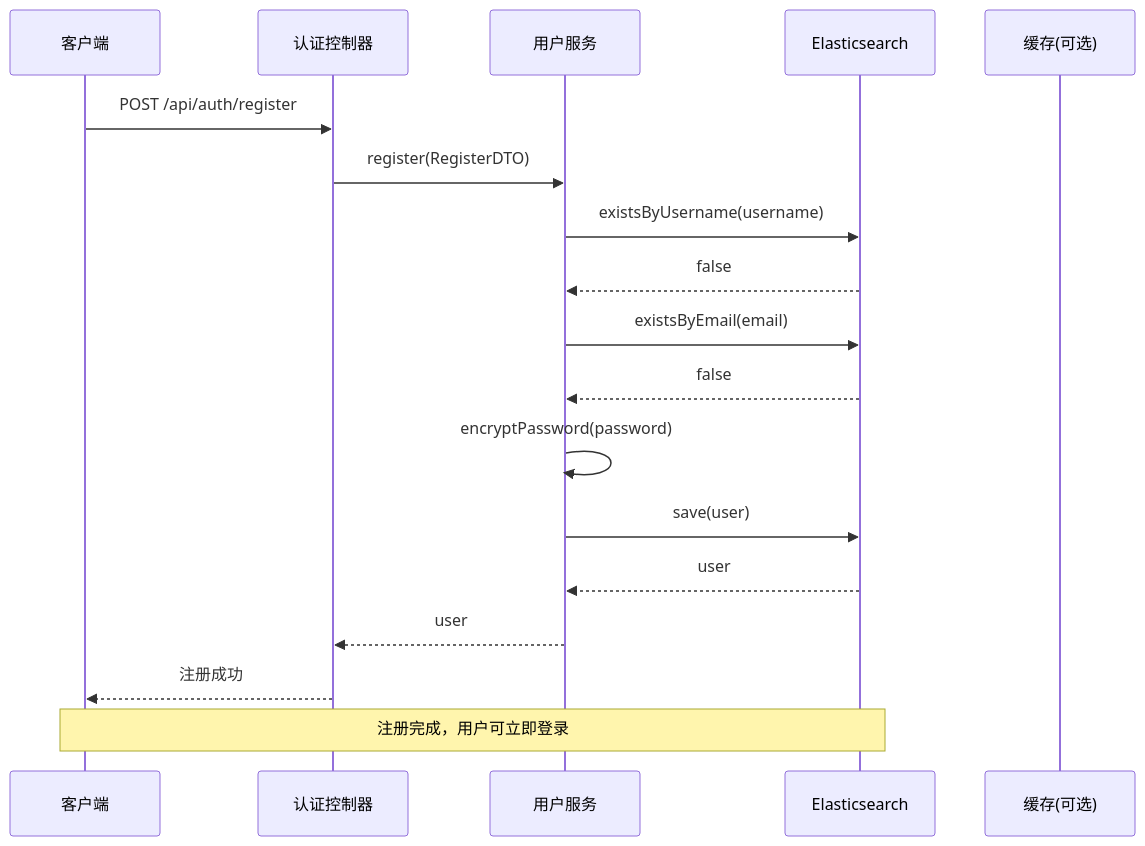
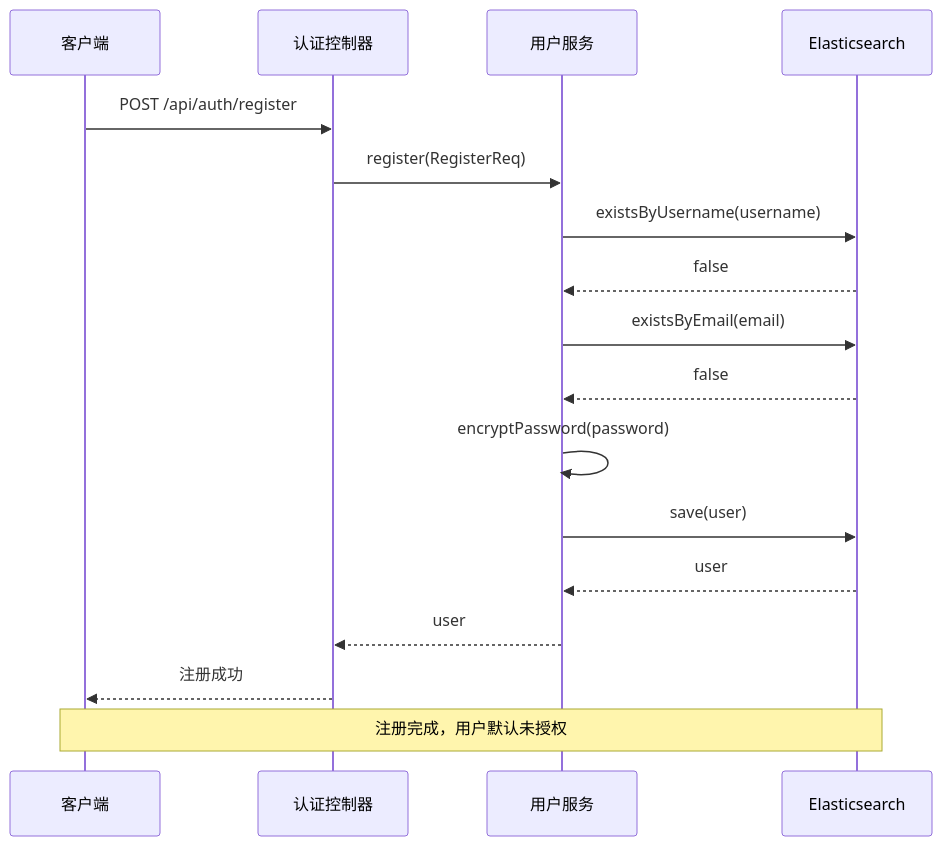
Before and after one commit to 20164206160/zhishilu: diagram 15 of 19 in .qoder/repowiki/zh/content/用户管理系统/用户管理系统.md, drawn with Mermaid. The commit also changed other lines of this file and 11 other files, not shown here.

````diff
--- a/.qoder/repowiki/zh/content/用户管理系统/用户管理系统.md
+++ b/.qoder/repowiki/zh/content/用户管理系统/用户管理系统.md
@@ -607,20 +870,19 @@
 ```mermaid
 sequenceDiagram
 participant Client as 客户端
 participant AuthCtrl as 认证控制器
 participant UserService as 用户服务
 participant ES as Elasticsearch
-participant Redis as 缓存(可选)
 Client->>AuthCtrl : POST /api/auth/register
-AuthCtrl->>UserService : register(RegisterDTO)
+AuthCtrl->>UserService : register(RegisterReq)
 UserService->>ES : existsByUsername(username)
 ES-->>UserService : false
 UserService->>ES : existsByEmail(email)
 ES-->>UserService : false
 UserService->>UserService : encryptPassword(password)
 UserService->>ES : save(user)
 ES-->>UserService : user
 UserService-->>AuthCtrl : user
 AuthCtrl-->>Client : 注册成功
-Note over Client,ES : 注册完成，用户可立即登录
+Note over Client,ES : 注册完成，用户默认未授权
 ```
````
